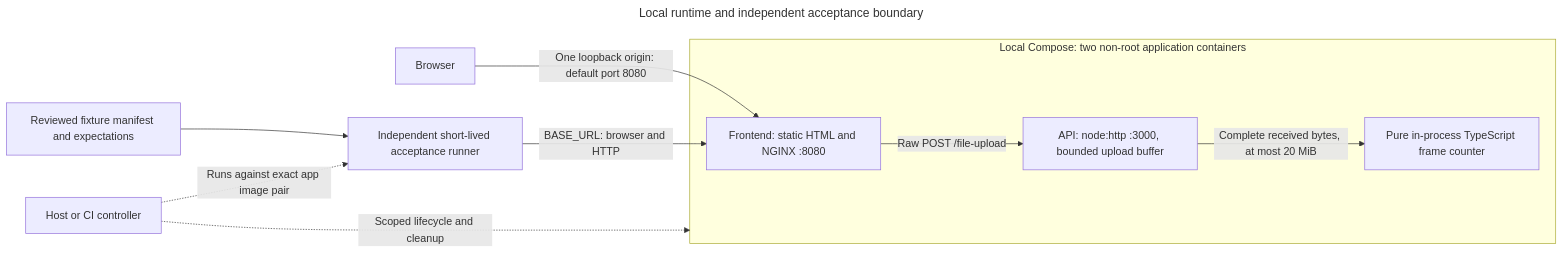
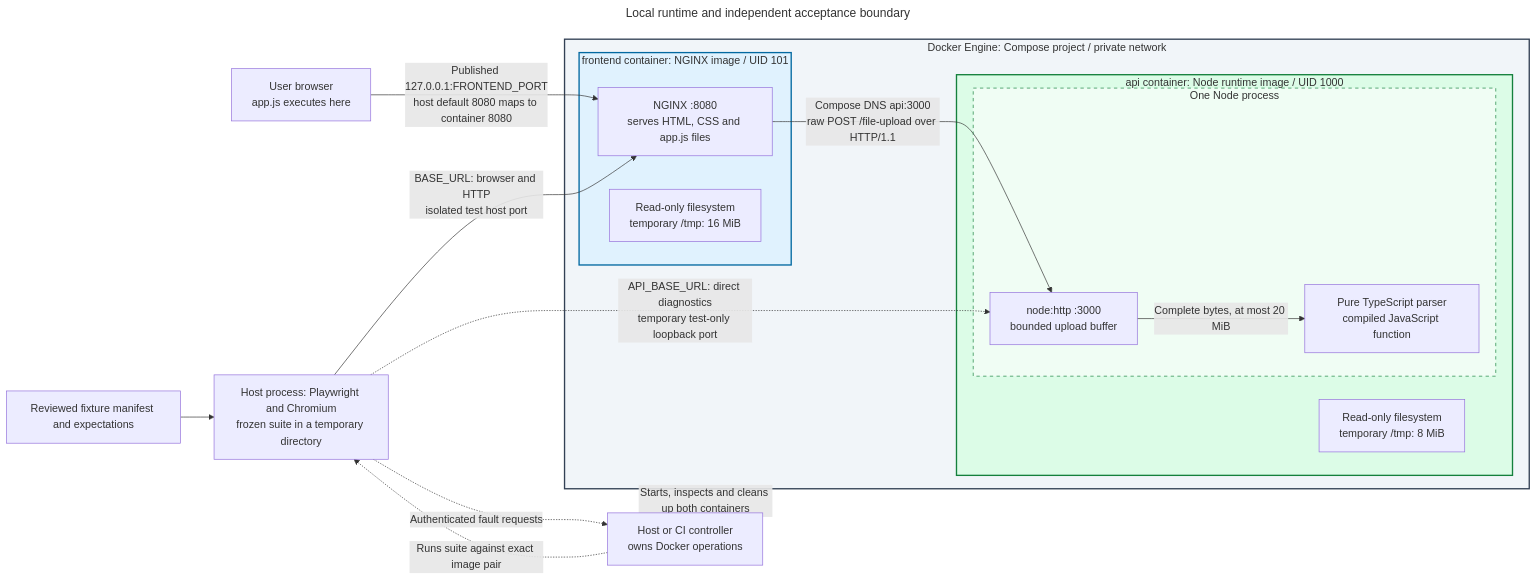
One commit to brobro10000/mp3-frame-counter changed the diagram in docs/architecture/diagrams/runtime.mmd. Above: the diagram before and after it, drawn with Mermaid. The commit also changed 26 other files, not shown here.

Commit message:
docs: reconcile project history and clarify Docker boundaries

```diff
--- a/docs/architecture/diagrams/runtime.mmd
+++ b/docs/architecture/diagrams/runtime.mmd
@@ -1,33 +1,48 @@
 ---
 title: Local runtime and independent acceptance boundary
 query: >-
-  Show the implemented local runtime as a compact flowchart. Keep the two
-  Compose application containers distinct from the temporary independent
-  acceptance runner and host controller. Show the single browser origin, raw
-  upload proxy, bounded in-process API/parser boundary, and reviewed fixture
-  inputs. This view describes local execution; do not infer cloud deployment or
-  introduce services absent from the referenced source.
+  Show Docker wrapping exactly two independently built application images as Compose containers. Nest NGINX and its
+  static assets inside the frontend container, and the HTTP handler plus parser inside one Node process in the API
+  container. Put both containers inside Docker's Compose network. Keep browser JavaScript, the host controller and
+  extracted Playwright/Chromium runner outside Docker. Distinguish published loopback host port from internal frontend
+  port 8080 and private API port 3000, with a separate test-only loopback binding for direct API diagnostics. Show
+  source-defined runtime users, read-only filesystems, temporary mounts and
+  bounded in-process parsing. Do not imply a third parser/test container, Node frontend runtime or cloud deployment.
 references:
   - 'File: /compose.yaml'
   - 'File: /frontend/Dockerfile'
   - 'File: /frontend/nginx.conf.template'
   - 'File: /server/Dockerfile'
   - 'File: /server/src/http.ts'
   - 'File: /server/src/mp3.ts'
   - 'File: /scripts/run-e2e.mjs'
 generationTime: '2026-10-10T01:12:38.134Z'
 ---
 flowchart LR
-    B["Browser"]
-    subgraph LOCAL["Local Compose: two non-root application containers"]
-        F["Frontend: static HTML and NGINX :8080"]
-        A["API: node:http :3000, bounded upload buffer"]
-        P["Pure in-process TypeScript frame counter"]
-        F -->|"Raw POST /file-upload"| A
-        A -->|"Complete received bytes, at most 20 MiB"| P
+    B["User browser<br/>app.js executes here"]
+    subgraph DOCKER["Docker Engine: Compose project / private network"]
+        subgraph FRONT["frontend container: NGINX image / UID 101"]
+            F["NGINX :8080<br/>serves HTML, CSS and app.js files"]
+            FS["Read-only filesystem<br/>temporary /tmp: 16 MiB"]
+        end
+        subgraph BACK["api container: Node runtime image / UID 1000"]
+            subgraph NODE["One Node process"]
+                A["node:http :3000<br/>bounded upload buffer"]
+                P["Pure TypeScript parser<br/>compiled JavaScript function"]
+                A -->|"Complete bytes, at most 20 MiB"| P
+            end
+            AS["Read-only filesystem<br/>temporary /tmp: 8 MiB"]
+        end
+        F -->|"Compose DNS api:3000<br/>raw POST /file-upload over HTTP/1.1"| A
     end
-    B -->|"One loopback origin: default port 8080"| F
-    T["Independent short-lived acceptance runner"] -->|"BASE_URL: browser and HTTP"| F
+    B -->|"Published 127.0.0.1:FRONTEND_PORT<br/>host default 8080 maps to container 8080"| F
+    T["Host process: Playwright and Chromium<br/>frozen suite in a temporary directory"] -->|"BASE_URL: browser and HTTP<br/>isolated test host port"| F
+    T -.->|"API_BASE_URL: direct diagnostics<br/>temporary test-only loopback port"| A
     O["Reviewed fixture manifest and expectations"] --> T
-    C["Host or CI controller"] -.->|"Scoped lifecycle and cleanup"| LOCAL
-    C -.->|"Runs against exact app image pair"| T
+    C["Host or CI controller<br/>owns Docker operations"] -.->|"Starts, inspects and cleans up both containers"| DOCKER
+    C -.->|"Runs suite against exact image pair"| T
+    T -.->|"Authenticated fault requests"| C
+    style DOCKER fill:#f1f5f9,stroke:#334155,stroke-width:2px
+    style FRONT fill:#e0f2fe,stroke:#0369a1,stroke-width:2px
+    style BACK fill:#dcfce7,stroke:#15803d,stroke-width:2px
+    style NODE fill:#f0fdf4,stroke:#15803d,stroke-dasharray:5 5
```
